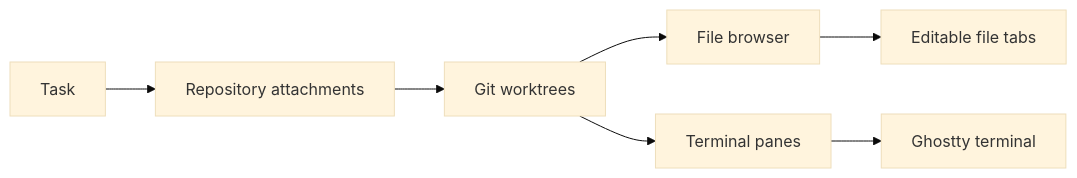
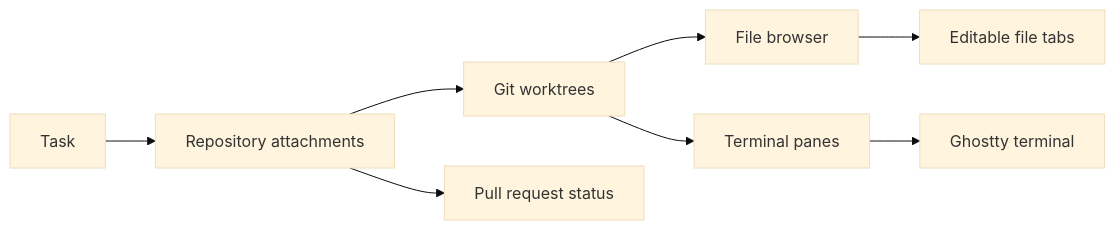
Before and after one commit to gh0stonio/pinata: the diagram in docs/README.md, drawn with Mermaid (base theme). The commit also changed other lines of this file and 21 other files, not shown here.

Commit message:
Stabilize terminal sessions and pull request tracking

````diff
--- a/docs/README.md
+++ b/docs/README.md
@@ -19,9 +20,10 @@
 ```mermaid
 flowchart LR
     T[Task] --> R[Repository attachments]
     R --> W[Git worktrees]
     W --> F[File browser]
     F --> E[Editable file tabs]
     W --> P[Terminal panes]
+    R --> PR[Pull request status]
     P --> G[Ghostty terminal]
 ```
````
